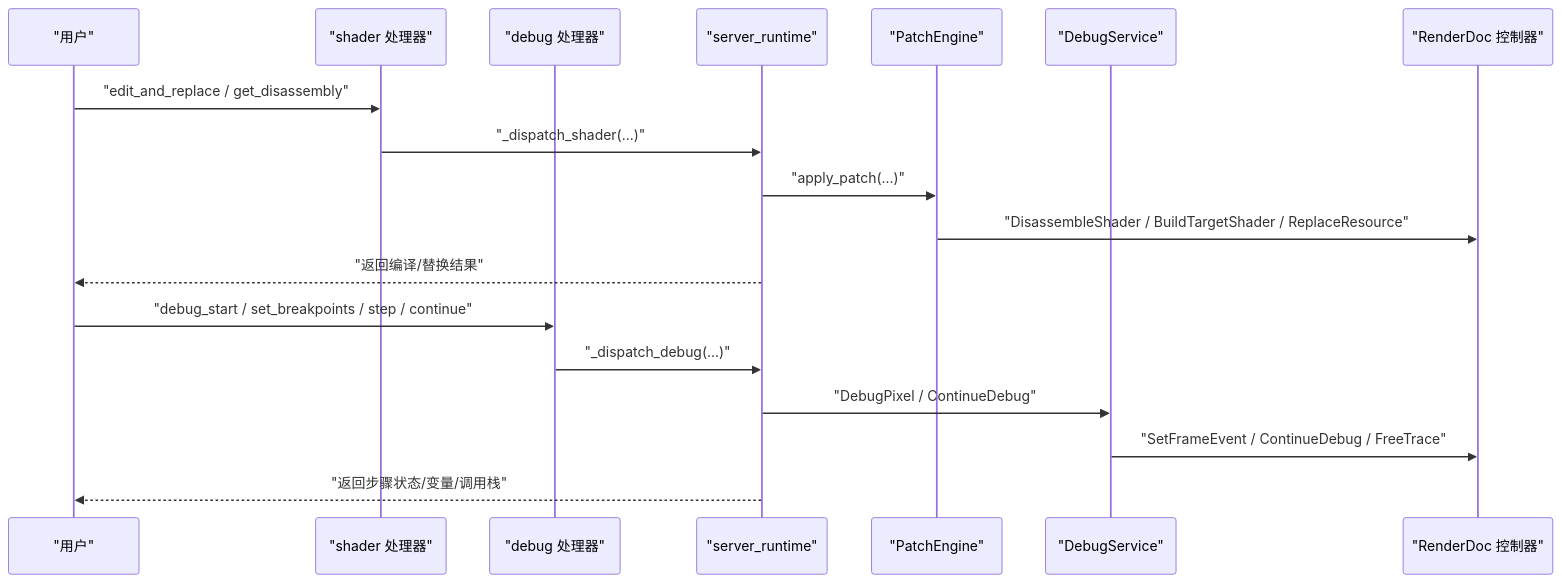
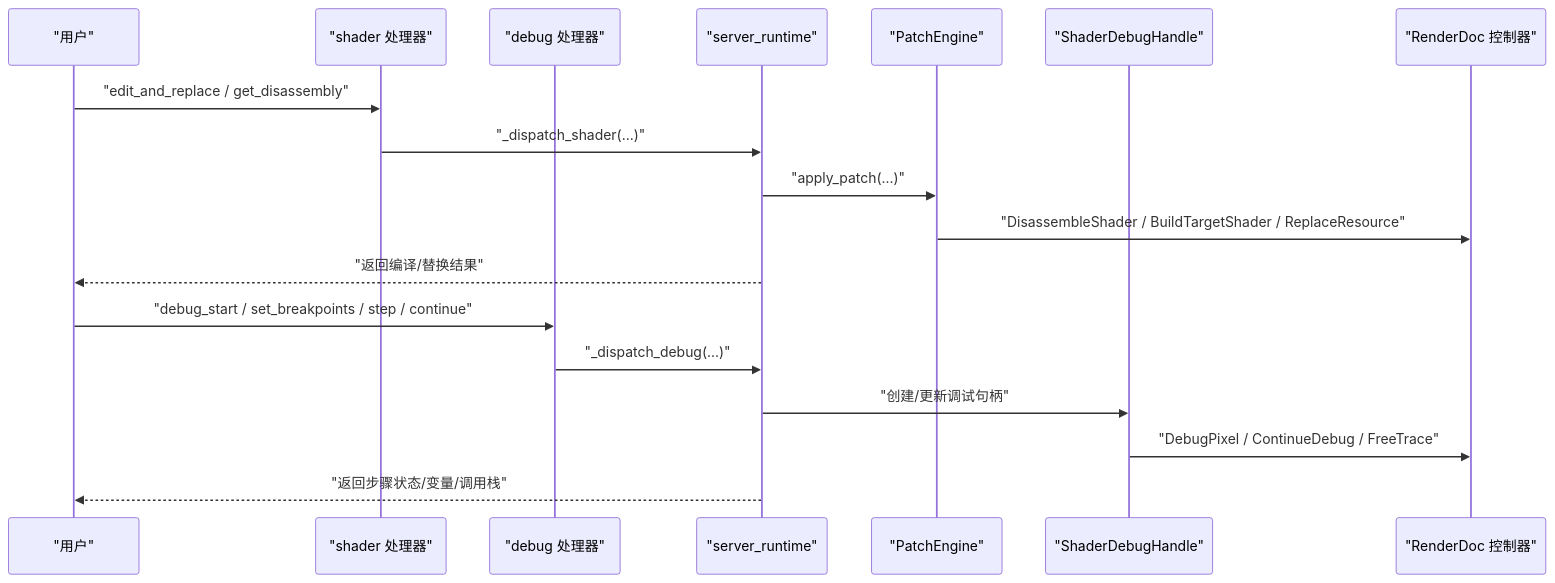
The second of 7 diagrams in .qoder/repowiki/zh/content/处理器模块/Shader调试处理器.md (haolange/RDC-Tool), drawn with Mermaid before and after one commit. The commit also changed other lines of this file and 79 other files, not shown here.

````diff
--- a/.qoder/repowiki/zh/content/处理器模块/Shader调试处理器.md
+++ b/.qoder/repowiki/zh/content/处理器模块/Shader调试处理器.md
@@ -88,20 +106,20 @@
 ```mermaid
 sequenceDiagram
 participant U as "用户"
 participant SH as "shader 处理器"
 participant DR as "debug 处理器"
 participant SR as "server_runtime"
 participant PE as "PatchEngine"
-participant DS as "DebugService"
+participant SDH as "ShaderDebugHandle"
 participant RD as "RenderDoc 控制器"
 U->>SH : "edit_and_replace / get_disassembly"
 SH->>SR : "_dispatch_shader(...)"
 SR->>PE : "apply_patch(...)"
 PE->>RD : "DisassembleShader / BuildTargetShader / ReplaceResource"
 SR-->>U : "返回编译/替换结果"
 U->>DR : "debug_start / set_breakpoints / step / continue"
 DR->>SR : "_dispatch_debug(...)"
-SR->>DS : "DebugPixel / ContinueDebug"
-DS->>RD : "SetFrameEvent / ContinueDebug / FreeTrace"
+SR->>SDH : "创建/更新调试句柄"
+SDH->>RD : "DebugPixel / ContinueDebug / FreeTrace"
 SR-->>U : "返回步骤状态/变量/调用栈"
 ```
````
